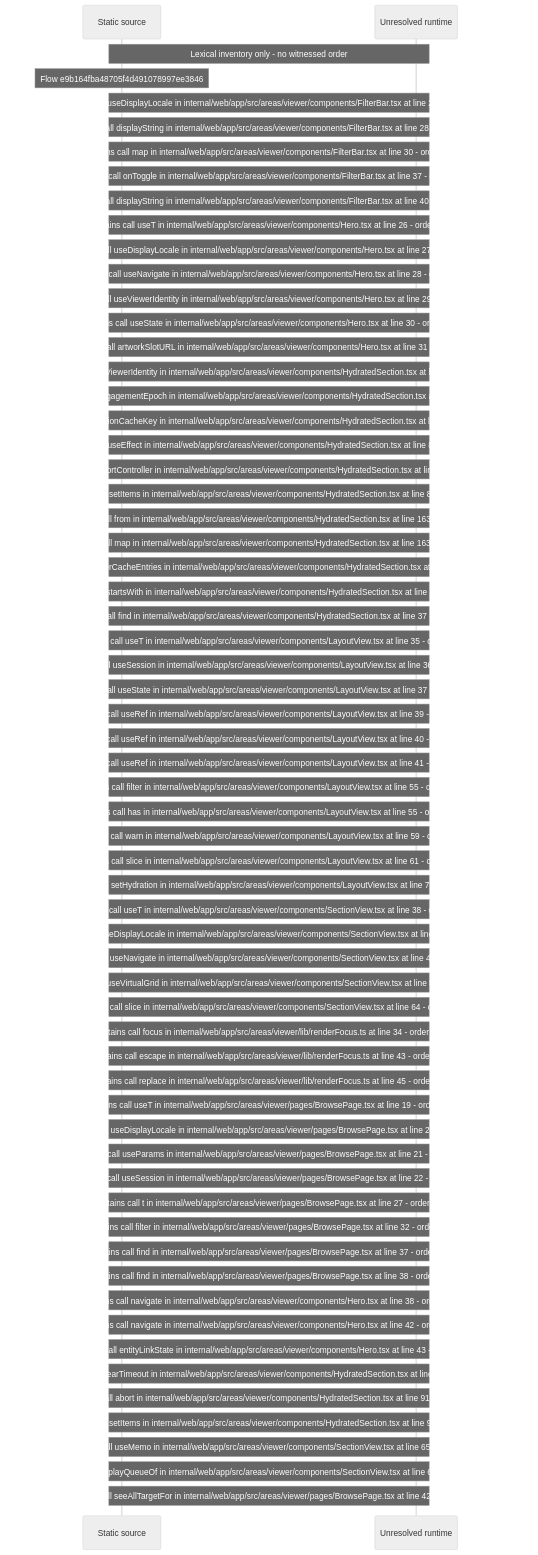
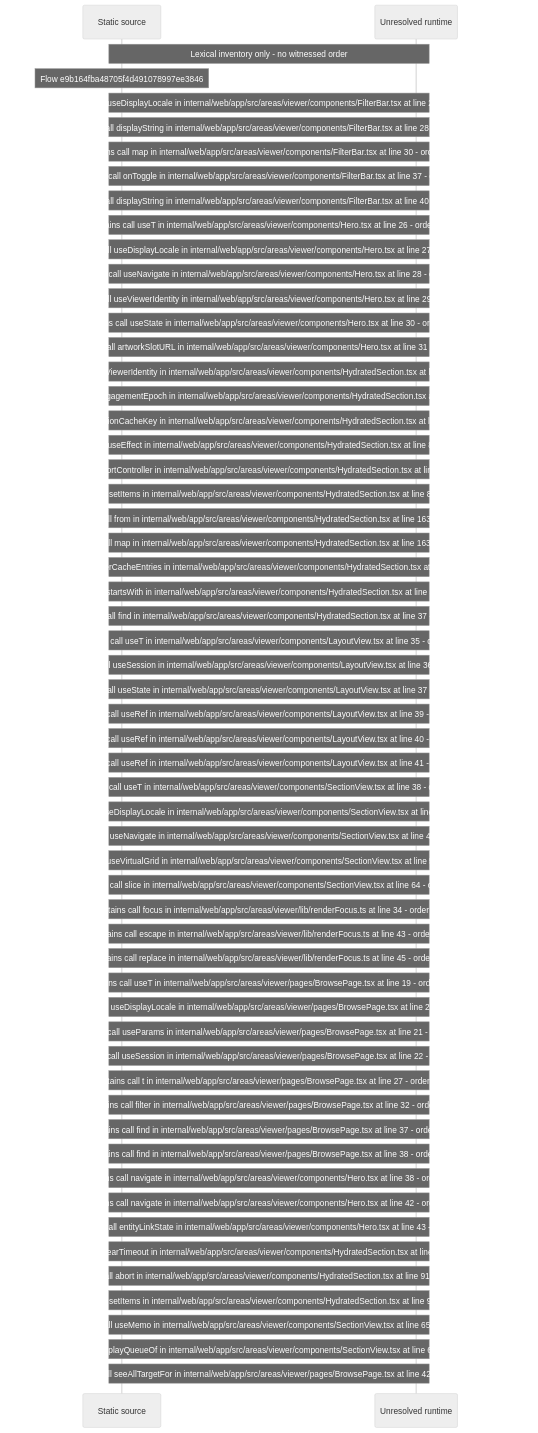
The diagram in docs/web/flows/generated/e9b164fba48705f4d491078997ee3846/flow-diagram.md (beamfall/core), drawn with Mermaid (neutral theme) before and after one commit. The commit also changed other lines of this file and 699 other files, not shown here.

Commit message:
Regenerate the web flow record with flow generator version 5

````diff
--- a/docs/web/flows/generated/e9b164fba48705f4d491078997ee3846/flow-diagram.md
+++ b/docs/web/flows/generated/e9b164fba48705f4d491078997ee3846/flow-diagram.md
@@ -10,65 +10,60 @@
 ```mermaid
 sequenceDiagram
     participant S as Static source
     participant U as Unresolved runtime
     Note over S,U: Lexical inventory only - no witnessed order
     Note over S: Flow e9b164fba48705f4d491078997ee3846
     Note over S,U: Source contains call useDisplayLocale in internal/web/app/src/areas/viewer/components/FilterBar.tsx at line 21 - order unresolved
     Note over S,U: Source contains call displayString in internal/web/app/src/areas/viewer/components/FilterBar.tsx at line 28 - order unresolved
     Note over S,U: Source contains call map in internal/web/app/src/areas/viewer/components/FilterBar.tsx at line 30 - order unresolved
     Note over S,U: Source contains call onToggle in internal/web/app/src/areas/viewer/components/FilterBar.tsx at line 37 - order unresolved
     Note over S,U: Source contains call displayString in internal/web/app/src/areas/viewer/components/FilterBar.tsx at line 40 - order unresolved
     Note over S,U: Source contains call useT in internal/web/app/src/areas/viewer/components/Hero.tsx at line 26 - order unresolved
     Note over S,U: Source contains call useDisplayLocale in internal/web/app/src/areas/viewer/components/Hero.tsx at line 27 - order unresolved
     Note over S,U: Source contains call useNavigate in internal/web/app/src/areas/viewer/components/Hero.tsx at line 28 - order unresolved
     Note over S,U: Source contains call useViewerIdentity in internal/web/app/src/areas/viewer/components/Hero.tsx at line 29 - order unresolved
     Note over S,U: Source contains call useState in internal/web/app/src/areas/viewer/components/Hero.tsx at line 30 - order unresolved
     Note over S,U: Source contains call artworkSlotURL in internal/web/app/src/areas/viewer/components/Hero.tsx at line 31 - order unresolved
     Note over S,U: Source contains call useViewerIdentity in internal/web/app/src/areas/viewer/components/HydratedSection.tsx at line 73 - order unresolved
     Note over S,U: Source contains call useEngagementEpoch in internal/web/app/src/areas/viewer/components/HydratedSection.tsx at line 76 - order unresolved
     Note over S,U: Source contains call sectionCacheKey in internal/web/app/src/areas/viewer/components/HydratedSection.tsx at line 77 - order unresolved
     Note over S,U: Source contains call useEffect in internal/web/app/src/areas/viewer/components/HydratedSection.tsx at line 82 - order unresolved
     Note over S,U: Source contains call AbortController in internal/web/app/src/areas/viewer/components/HydratedSection.tsx at line 84 - order unresolved
     Note over S,U: Source contains call setItems in internal/web/app/src/areas/viewer/components/HydratedSection.tsx at line 86 - order unresolved
     Note over S,U: Source contains call from in internal/web/app/src/areas/viewer/components/HydratedSection.tsx at line 163 - order unresolved
     Note over S,U: Source contains call map in internal/web/app/src/areas/viewer/components/HydratedSection.tsx at line 163 - order unresolved
     Note over S,U: Source contains call viewerCacheEntries in internal/web/app/src/areas/viewer/components/HydratedSection.tsx at line 35 - order unresolved
     Note over S,U: Source contains call startsWith in internal/web/app/src/areas/viewer/components/HydratedSection.tsx at line 36 - order unresolved
     Note over S,U: Source contains call find in internal/web/app/src/areas/viewer/components/HydratedSection.tsx at line 37 - order unresolved
     Note over S,U: Source contains call useT in internal/web/app/src/areas/viewer/components/LayoutView.tsx at line 35 - order unresolved
     Note over S,U: Source contains call useSession in internal/web/app/src/areas/viewer/components/LayoutView.tsx at line 36 - order unresolved
     Note over S,U: Source contains call useState in internal/web/app/src/areas/viewer/components/LayoutView.tsx at line 37 - order unresolved
     Note over S,U: Source contains call useRef in internal/web/app/src/areas/viewer/components/LayoutView.tsx at line 39 - order unresolved
     Note over S,U: Source contains call useRef in internal/web/app/src/areas/viewer/components/LayoutView.tsx at line 40 - order unresolved
     Note over S,U: Source contains call useRef in internal/web/app/src/areas/viewer/components/LayoutView.tsx at line 41 - order unresolved
-    Note over S,U: Source contains call filter in internal/web/app/src/areas/viewer/components/LayoutView.tsx at line 55 - order unresolved
-    Note over S,U: Source contains call has in internal/web/app/src/areas/viewer/components/LayoutView.tsx at line 55 - order unresolved
-    Note over S,U: Source contains call warn in internal/web/app/src/areas/viewer/components/LayoutView.tsx at line 59 - order unresolved
-    Note over S,U: Source contains call slice in internal/web/app/src/areas/viewer/components/LayoutView.tsx at line 61 - order unresolved
-    Note over S,U: Source contains call setHydration in internal/web/app/src/areas/viewer/components/LayoutView.tsx at line 78 - order unresolved
     Note over S,U: Source contains call useT in internal/web/app/src/areas/viewer/components/SectionView.tsx at line 38 - order unresolved
     Note over S,U: Source contains call useDisplayLocale in internal/web/app/src/areas/viewer/components/SectionView.tsx at line 39 - order unresolved
     Note over S,U: Source contains call useNavigate in internal/web/app/src/areas/viewer/components/SectionView.tsx at line 40 - order unresolved
     Note over S,U: Source contains call useVirtualGrid in internal/web/app/src/areas/viewer/components/SectionView.tsx at line 55 - order unresolved
     Note over S,U: Source contains call slice in internal/web/app/src/areas/viewer/components/SectionView.tsx at line 64 - order unresolved
     Note over S,U: Source contains call focus in internal/web/app/src/areas/viewer/lib/renderFocus.ts at line 34 - order unresolved
     Note over S,U: Source contains call escape in internal/web/app/src/areas/viewer/lib/renderFocus.ts at line 43 - order unresolved
     Note over S,U: Source contains call replace in internal/web/app/src/areas/viewer/lib/renderFocus.ts at line 45 - order unresolved
     Note over S,U: Source contains call useT in internal/web/app/src/areas/viewer/pages/BrowsePage.tsx at line 19 - order unresolved
     Note over S,U: Source contains call useDisplayLocale in internal/web/app/src/areas/viewer/pages/BrowsePage.tsx at line 20 - order unresolved
     Note over S,U: Source contains call useParams in internal/web/app/src/areas/viewer/pages/BrowsePage.tsx at line 21 - order unresolved
     Note over S,U: Source contains call useSession in internal/web/app/src/areas/viewer/pages/BrowsePage.tsx at line 22 - order unresolved
     Note over S,U: Source contains call t in internal/web/app/src/areas/viewer/pages/BrowsePage.tsx at line 27 - order unresolved
     Note over S,U: Source contains call filter in internal/web/app/src/areas/viewer/pages/BrowsePage.tsx at line 32 - order unresolved
     Note over S,U: Source contains call find in internal/web/app/src/areas/viewer/pages/BrowsePage.tsx at line 37 - order unresolved
     Note over S,U: Source contains call find in internal/web/app/src/areas/viewer/pages/BrowsePage.tsx at line 38 - order unresolved
     Note over S,U: Source contains call navigate in internal/web/app/src/areas/viewer/components/Hero.tsx at line 38 - order unresolved
     Note over S,U: Source contains call navigate in internal/web/app/src/areas/viewer/components/Hero.tsx at line 42 - order unresolved
     Note over S,U: Source contains call entityLinkState in internal/web/app/src/areas/viewer/components/Hero.tsx at line 43 - order unresolved
     Note over S,U: Source contains call clearTimeout in internal/web/app/src/areas/viewer/components/HydratedSection.tsx at line 90 - order unresolved
     Note over S,U: Source contains call abort in internal/web/app/src/areas/viewer/components/HydratedSection.tsx at line 91 - order unresolved
     Note over S,U: Source contains call setItems in internal/web/app/src/areas/viewer/components/HydratedSection.tsx at line 96 - order unresolved
     Note over S,U: Source contains call useMemo in internal/web/app/src/areas/viewer/components/SectionView.tsx at line 65 - order unresolved
     Note over S,U: Source contains call playQueueOf in internal/web/app/src/areas/viewer/components/SectionView.tsx at line 65 - order unresolved
     Note over S,U: Source contains call seeAllTargetFor in internal/web/app/src/areas/viewer/pages/BrowsePage.tsx at line 42 - order unresolved
 ```
````
